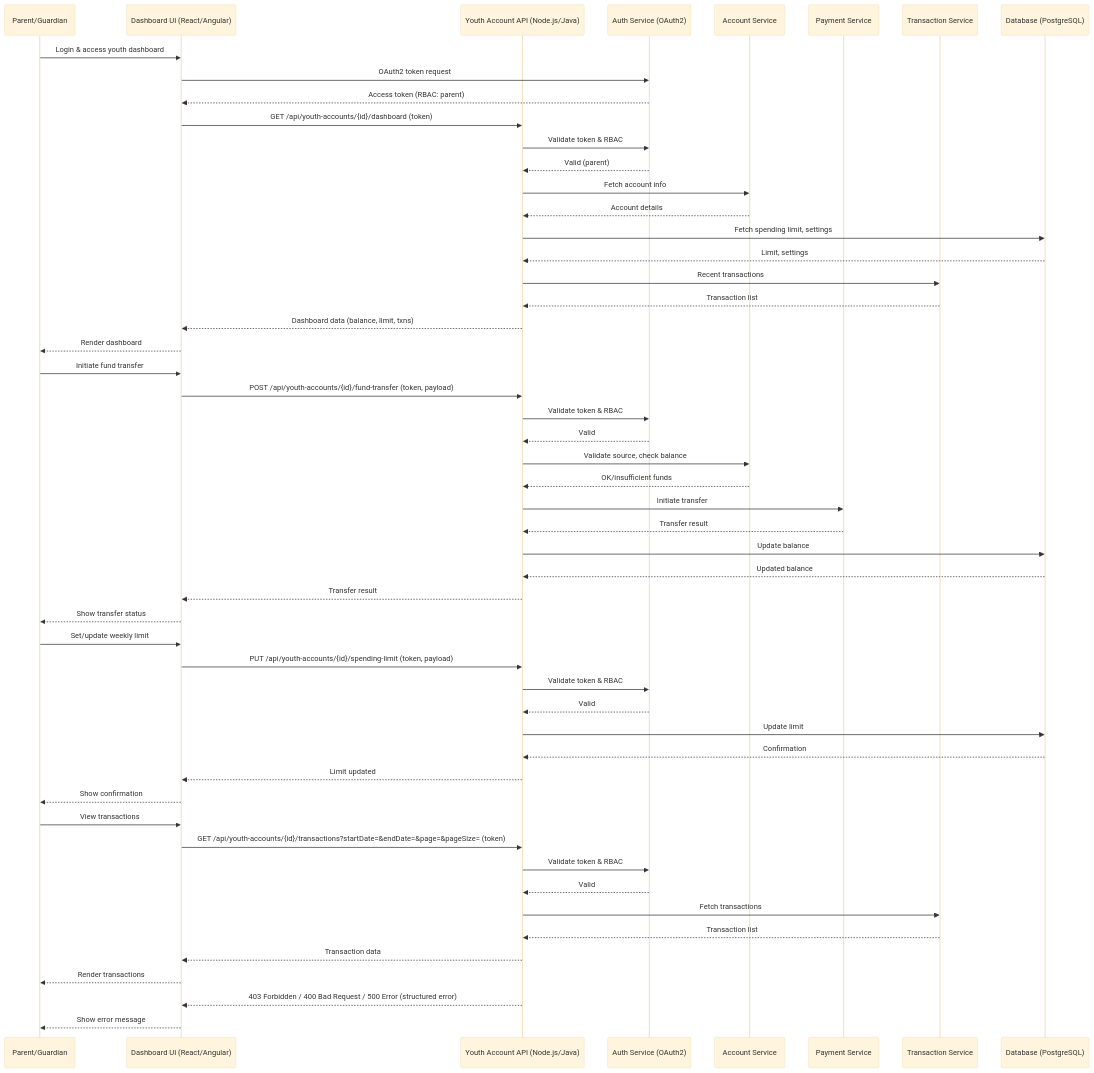
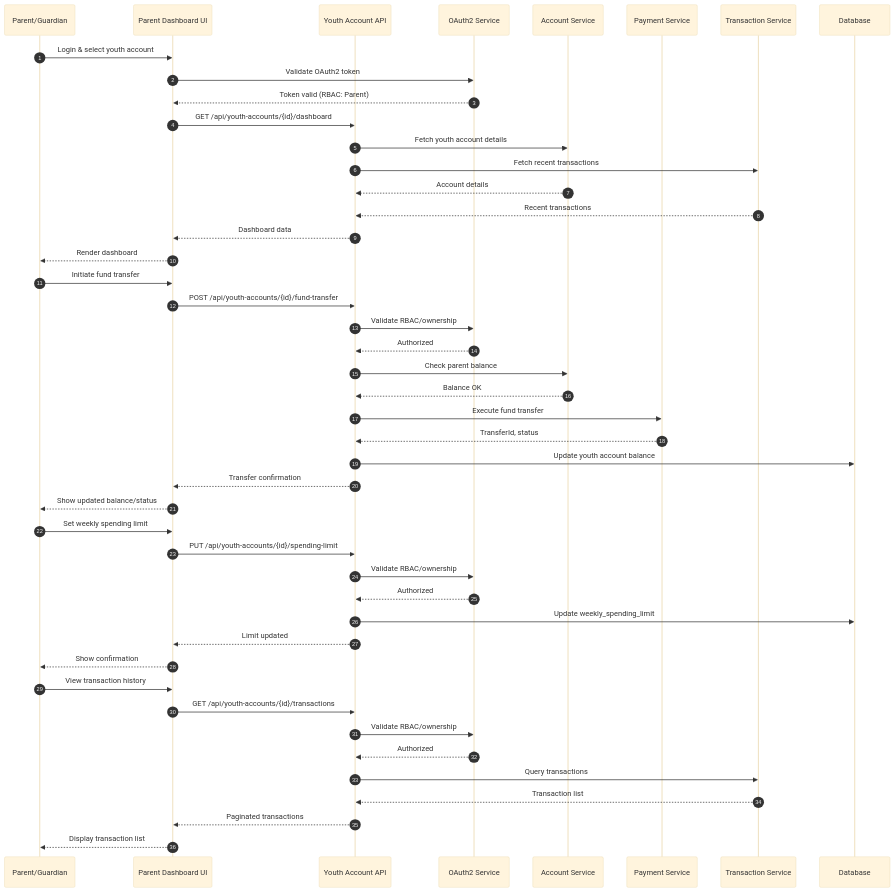
Before and after one commit to Ascend-Krithi/SCIB-Inception: the diagram in Components and Sequence Diagrams/sequence_diagram.mmd, drawn with Mermaid (base theme). The commit also changed 1 other file, not shown here.

```diff
--- a/Components and Sequence Diagrams/sequence_diagram.mmd
+++ b/Components and Sequence Diagrams/sequence_diagram.mmd
@@ -1,64 +1,55 @@
-%% Sequence Diagram for Youth Account Management (Mermaid)
+%% Sequence Diagram: Parent Allocates Funds, Sets Limit, Views Dashboard & Transactions
 sequenceDiagram
+  autonumber
   participant Parent as Parent/Guardian
-  participant UI as Dashboard UI (React/Angular)
-  participant API as Youth Account API (Node.js/Java)
-  participant Auth as Auth Service (OAuth2)
-  participant AccountSvc as Account Service
-  participant PaymentSvc as Payment Service
-  participant TransactionSvc as Transaction Service
-  participant DB as Database (PostgreSQL)
+  participant UI as Parent Dashboard UI
+  participant API as Youth Account API
+  participant Auth as OAuth2 Service
+  participant Account as Account Service
+  participant Payment as Payment Service
+  participant Transaction as Transaction Service
+  participant DB as Database
 
-  %% Dashboard access
-  Parent->>UI: Login & access youth dashboard
-  UI->>Auth: OAuth2 token request
-  Auth-->>UI: Access token (RBAC: parent)
-  UI->>API: GET /api/youth-accounts/{id}/dashboard (token)
-  API->>Auth: Validate token & RBAC
-  Auth-->>API: Valid (parent)
-  API->>AccountSvc: Fetch account info
-  AccountSvc-->>API: Account details
-  API->>DB: Fetch spending limit, settings
-  DB-->>API: Limit, settings
-  API->>TransactionSvc: Recent transactions
-  TransactionSvc-->>API: Transaction list
-  API-->>UI: Dashboard data (balance, limit, txns)
+  %% Dashboard Access
+  Parent->>UI: Login & select youth account
+  UI->>Auth: Validate OAuth2 token
+  Auth-->>UI: Token valid (RBAC: Parent)
+  UI->>API: GET /api/youth-accounts/{id}/dashboard
+  API->>Account: Fetch youth account details
+  API->>Transaction: Fetch recent transactions
+  Account-->>API: Account details
+  Transaction-->>API: Recent transactions
+  API-->>UI: Dashboard data
   UI-->>Parent: Render dashboard
 
-  %% Fund allocation
+  %% Fund Transfer
   Parent->>UI: Initiate fund transfer
-  UI->>API: POST /api/youth-accounts/{id}/fund-transfer (token, payload)
-  API->>Auth: Validate token & RBAC
-  Auth-->>API: Valid
-  API->>AccountSvc: Validate source, check balance
-  AccountSvc-->>API: OK/insufficient funds
-  API->>PaymentSvc: Initiate transfer
-  PaymentSvc-->>API: Transfer result
-  API->>DB: Update balance
-  DB-->>API: Updated balance
-  API-->>UI: Transfer result
-  UI-->>Parent: Show transfer status
+  UI->>API: POST /api/youth-accounts/{id}/fund-transfer
+  API->>Auth: Validate RBAC/ownership
+  Auth-->>API: Authorized
+  API->>Account: Check parent balance
+  Account-->>API: Balance OK
+  API->>Payment: Execute fund transfer
+  Payment-->>API: TransferId, status
+  API->>DB: Update youth account balance
+  API-->>UI: Transfer confirmation
+  UI-->>Parent: Show updated balance/status
 
-  %% Set spending limit
-  Parent->>UI: Set/update weekly limit
-  UI->>API: PUT /api/youth-accounts/{id}/spending-limit (token, payload)
-  API->>Auth: Validate token & RBAC
-  Auth-->>API: Valid
-  API->>DB: Update limit
-  DB-->>API: Confirmation
+  %% Set Spending Limit
+  Parent->>UI: Set weekly spending limit
+  UI->>API: PUT /api/youth-accounts/{id}/spending-limit
+  API->>Auth: Validate RBAC/ownership
+  Auth-->>API: Authorized
+  API->>DB: Update weekly_spending_limit
   API-->>UI: Limit updated
   UI-->>Parent: Show confirmation
 
-  %% View transaction history
-  Parent->>UI: View transactions
-  UI->>API: GET /api/youth-accounts/{id}/transactions?startDate=&endDate=&page=&pageSize= (token)
-  API->>Auth: Validate token & RBAC
-  Auth-->>API: Valid
-  API->>TransactionSvc: Fetch transactions
-  TransactionSvc-->>API: Transaction list
-  API-->>UI: Transaction data
-  UI-->>Parent: Render transactions
-
-  %% Error handling (example)
-  API-->>UI: 403 Forbidden / 400 Bad Request / 500 Error (structured error)
-  UI-->>Parent: Show error message
+  %% View Transactions
+  Parent->>UI: View transaction history
+  UI->>API: GET /api/youth-accounts/{id}/transactions
+  API->>Auth: Validate RBAC/ownership
+  Auth-->>API: Authorized
+  API->>Transaction: Query transactions
+  Transaction-->>API: Transaction list
+  API-->>UI: Paginated transactions
+  UI-->>Parent: Display transaction list
```
